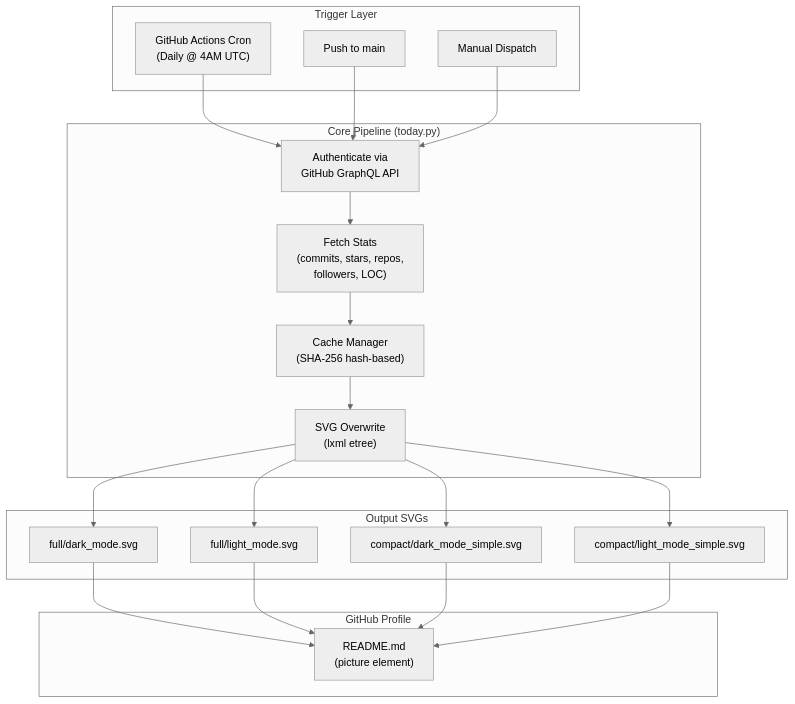
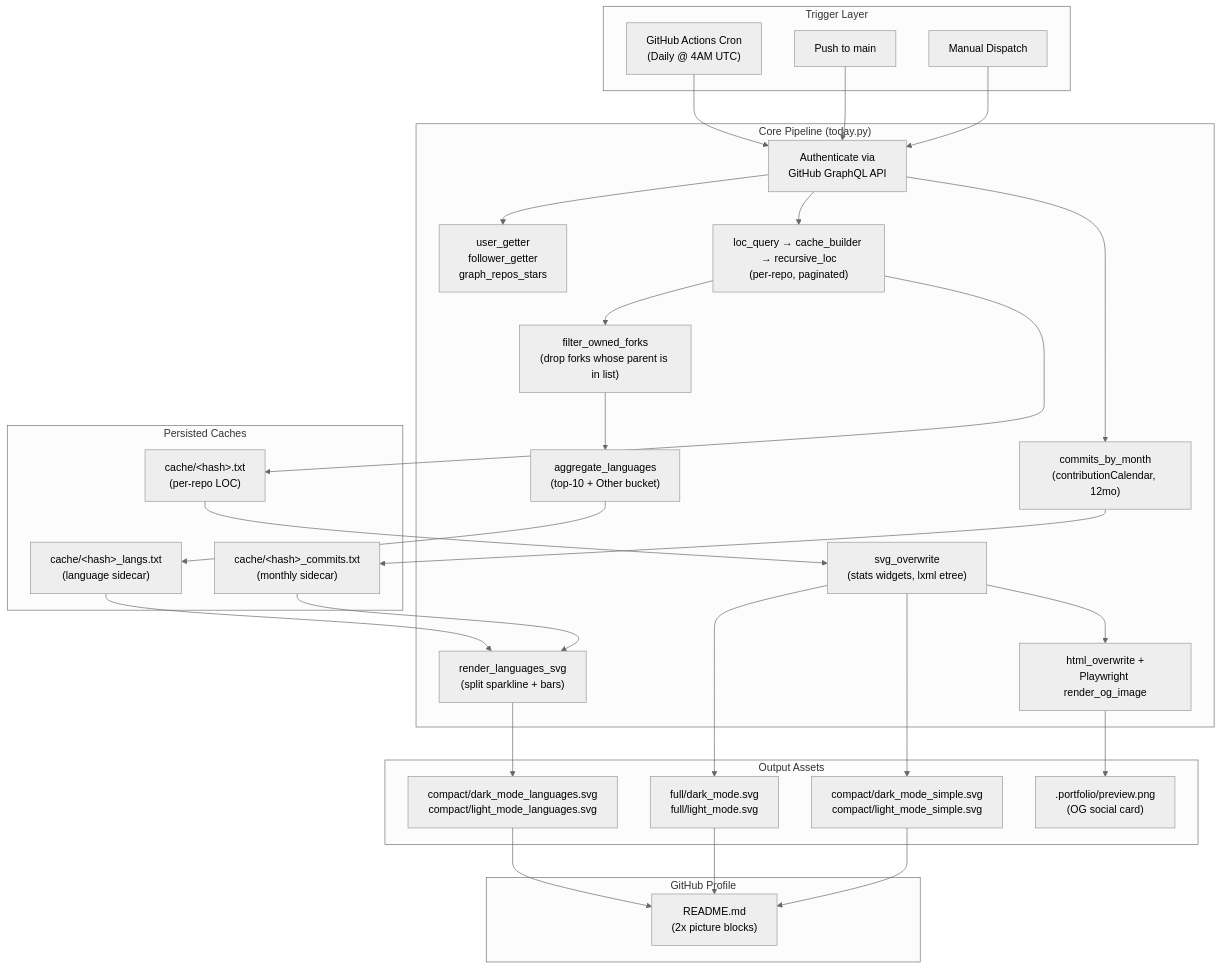
One commit to Technical-1/Technical-1 changed the diagram in .portfolio/architecture.md. Above: the diagram before and after it, drawn with Mermaid (neutral theme). The commit also changed other lines of this file and 4 other files, not shown here.

First line of the commit message:
Right-align LOC counts and percentages in languages chart

````diff
--- a/.portfolio/architecture.md
+++ b/.portfolio/architecture.md
@@ -5,41 +5,60 @@
 ```mermaid
 flowchart TD
     subgraph Trigger["Trigger Layer"]
         CRON["GitHub Actions Cron<br/>(Daily @ 4AM UTC)"]
         PUSH["Push to main"]
         MANUAL["Manual Dispatch"]
     end
 
     subgraph Core["Core Pipeline (today.py)"]
         AUTH["Authenticate via<br/>GitHub GraphQL API"]
-        FETCH["Fetch Stats<br/>(commits, stars, repos,<br/>followers, LOC)"]
-        CACHE["Cache Manager<br/>(SHA-256 hash-based)"]
-        SVG["SVG Overwrite<br/>(lxml etree)"]
+        FETCH_USER["user_getter<br/>follower_getter<br/>graph_repos_stars"]
+        FETCH_LOC["loc_query → cache_builder → recursive_loc<br/>(per-repo, paginated)"]
+        FILTER_FORKS["filter_owned_forks<br/>(drop forks whose parent is in list)"]
+        AGG_LANG["aggregate_languages<br/>(top-10 + Other bucket)"]
+        FETCH_COMMITS["commits_by_month<br/>(contributionCalendar, 12mo)"]
+        SVG_SIMPLE["svg_overwrite<br/>(stats widgets, lxml etree)"]
+        SVG_LANG["render_languages_svg<br/>(split sparkline + bars)"]
+        OG_HTML["html_overwrite +<br/>Playwright render_og_image"]
     end
 
-    subgraph Output["Output SVGs"]
-        FULL_D["full/dark_mode.svg"]
-        FULL_L["full/light_mode.svg"]
-        COMP_D["compact/dark_mode_simple.svg"]
-        COMP_L["compact/light_mode_simple.svg"]
+    subgraph Caches["Persisted Caches"]
+        C_REPO["cache/&lt;hash&gt;.txt<br/>(per-repo LOC)"]
+        C_LANGS["cache/&lt;hash&gt;_langs.txt<br/>(language sidecar)"]
+        C_COMMITS["cache/&lt;hash&gt;_commits.txt<br/>(monthly sidecar)"]
+    end
+
+    subgraph Output["Output Assets"]
+        FULL_D["full/dark_mode.svg<br/>full/light_mode.svg"]
+        COMP_D["compact/dark_mode_simple.svg<br/>compact/light_mode_simple.svg"]
+        COMP_L["compact/dark_mode_languages.svg<br/>compact/light_mode_languages.svg"]
+        OG_PNG[".portfolio/preview.png<br/>(OG social card)"]
     end
 
     subgraph Display["GitHub Profile"]
-        README["README.md<br/>(picture element)"]
+        README["README.md<br/>(2x picture blocks)"]
     end
 
     CRON --> AUTH
     PUSH --> AUTH
     MANUAL --> AUTH
-    AUTH --> FETCH
-    FETCH --> CACHE
-    CACHE --> SVG
-    SVG --> FULL_D
-    SVG --> FULL_L
-    SVG --> COMP_D
-    SVG --> COMP_L
+    AUTH --> FETCH_USER
+    AUTH --> FETCH_LOC
+    AUTH --> FETCH_COMMITS
+    FETCH_LOC --> FILTER_FORKS
+    FILTER_FORKS --> AGG_LANG
+    FETCH_LOC --> C_REPO
+    AGG_LANG --> C_LANGS
+    FETCH_COMMITS --> C_COMMITS
+    C_REPO --> SVG_SIMPLE
+    C_LANGS --> SVG_LANG
+    C_COMMITS --> SVG_LANG
+    SVG_SIMPLE --> FULL_D
+    SVG_SIMPLE --> COMP_D
+    SVG_LANG --> COMP_L
+    SVG_SIMPLE --> OG_HTML
+    OG_HTML --> OG_PNG
     FULL_D --> README
-    FULL_L --> README
     COMP_D --> README
     COMP_L --> README
 ```
````
